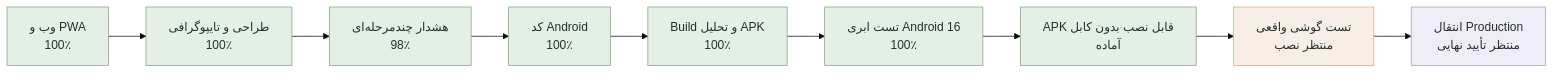
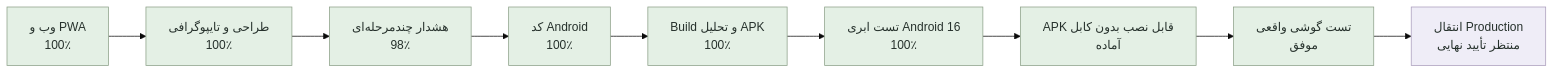
The diagram in PROJECT_STATUS.md (tparkhondeh/personalAgent), drawn with Mermaid (base theme) before and after one commit. The commit also changed other lines of this file and 1 other file, not shown here.

````diff
--- a/PROJECT_STATUS.md
+++ b/PROJECT_STATUS.md
@@ -18,19 +18,18 @@
 ```mermaid
 flowchart LR
     A[وب و PWA<br/>100٪] --> B[طراحی و تایپوگرافی<br/>100٪]
     B --> C[هشدار چندمرحله‌ای<br/>98٪]
     C --> D[کد Android<br/>100٪]
     D --> E[Build و تحلیل APK<br/>100٪]
     E --> H[تست ابری Android 16<br/>100٪]
     H --> I[APK قابل نصب بدون کابل<br/>آماده]
-    I --> G[تست گوشی واقعی<br/>منتظر نصب]
+    I --> G[تست گوشی واقعی<br/>موفق]
     G --> F[انتقال Production<br/>منتظر تأیید نهایی]
 
     classDef done fill:#e4f0e5,stroke:#8ca088,color:#26312c;
     classDef active fill:#f8eee8,stroke:#d7a98f,color:#26312c;
     classDef pending fill:#efedf7,stroke:#aa9dbc,color:#26312c;
-    class A,B,H,I done;
+    class A,B,H,I,G done;
     class C,D,E done;
-    class G active;
     class F pending;
 ```
````
